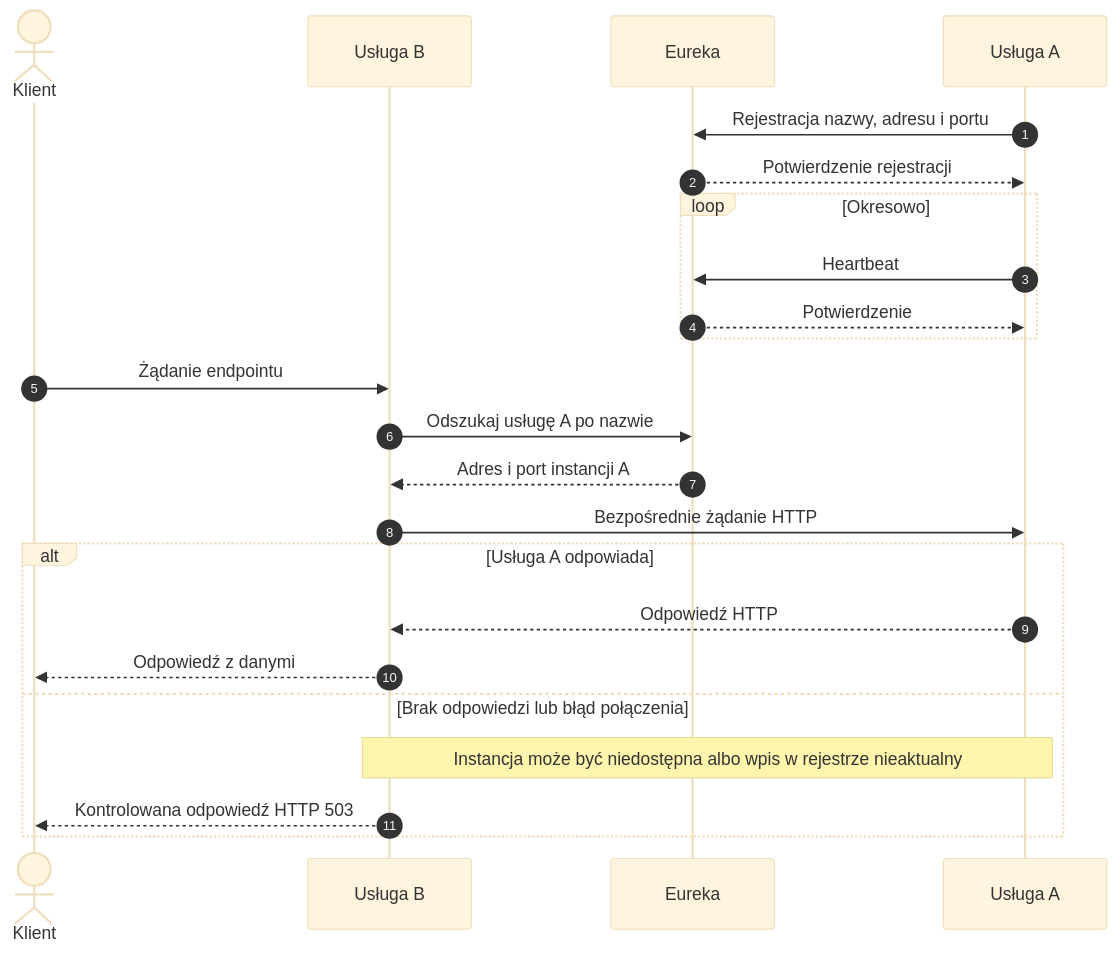
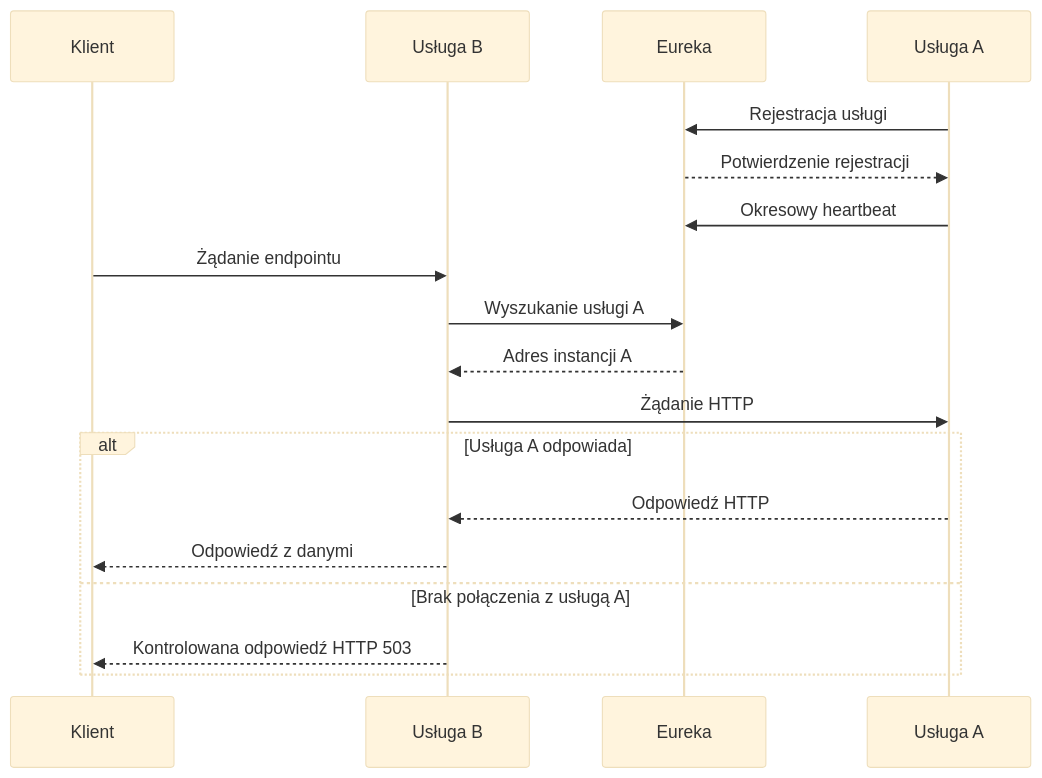
Before and after one commit to wgalka/PAWOoM: the diagram in 2026_2027/lab3/README.md, drawn with Mermaid (base theme). The commit also changed other lines of this file, not shown here.

```diff
--- a/2026_2027/lab3/README.md
+++ b/2026_2027/lab3/README.md
@@ -61,27 +61,22 @@
 <pre class="mermaid">
 sequenceDiagram
-    autonumber
-    actor K as Klient
-    participant B as Usługa B
-    participant E as Eureka
-    participant A as Usługa A
+    participant Client as Klient
+    participant ServiceB as Usługa B
+    participant Registry as Eureka
+    participant ServiceA as Usługa A
 
-    A->>E: Rejestracja nazwy, adresu i portu
-    E-->>A: Potwierdzenie rejestracji
-    loop Okresowo
-        A->>E: Heartbeat
-        E-->>A: Potwierdzenie
-    end
+    ServiceA->>Registry: Rejestracja usługi
+    Registry-->>ServiceA: Potwierdzenie rejestracji
+    ServiceA->>Registry: Okresowy heartbeat
 
-    K->>B: Żądanie endpointu
-    B->>E: Odszukaj usługę A po nazwie
-    E-->>B: Adres i port instancji A
-    B->>A: Bezpośrednie żądanie HTTP
+    Client->>ServiceB: Żądanie endpointu
+    ServiceB->>Registry: Wyszukanie usługi A
+    Registry-->>ServiceB: Adres instancji A
+    ServiceB->>ServiceA: Żądanie HTTP
     alt Usługa A odpowiada
-        A-->>B: Odpowiedź HTTP
-        B-->>K: Odpowiedź z danymi
-    else Brak odpowiedzi lub błąd połączenia
-        Note over B,A: Instancja może być niedostępna albo wpis w rejestrze nieaktualny
-        B-->>K: Kontrolowana odpowiedź HTTP 503
+        ServiceA-->>ServiceB: Odpowiedź HTTP
+        ServiceB-->>Client: Odpowiedź z danymi
+    else Brak połączenia z usługą A
+        ServiceB-->>Client: Kontrolowana odpowiedź HTTP 503
     end
 </pre>
```
